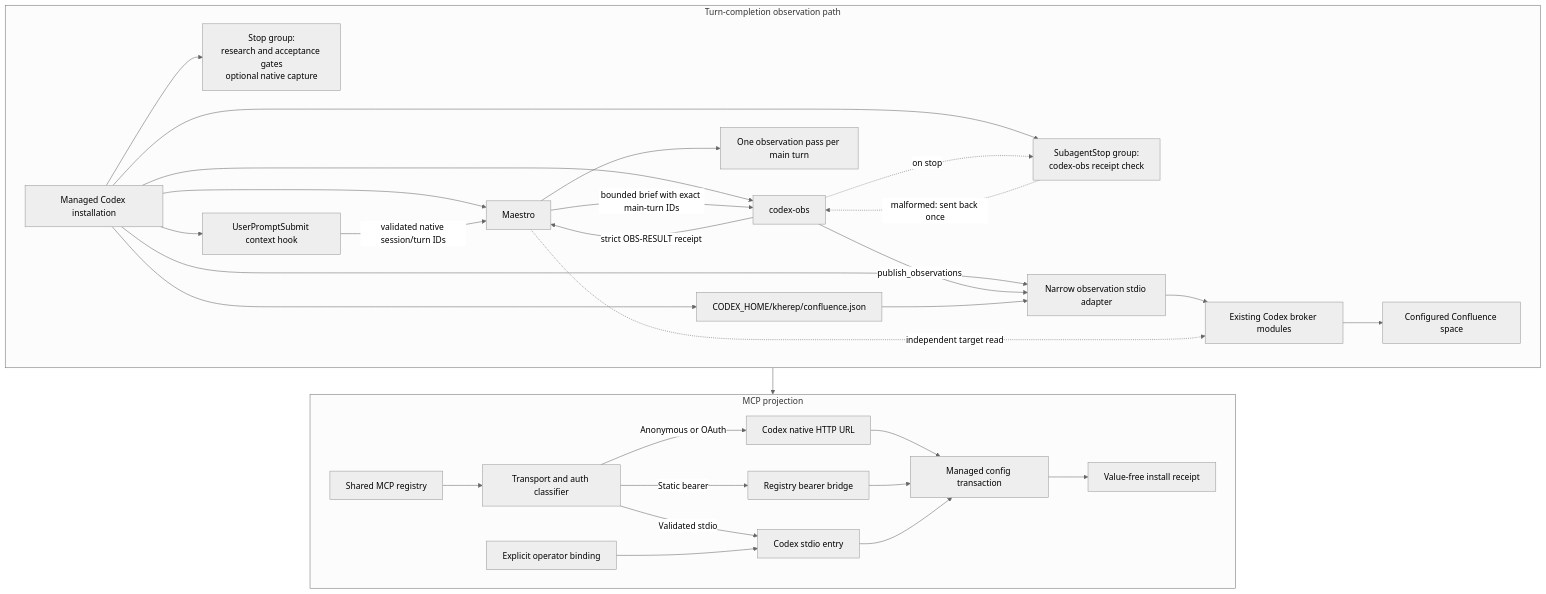
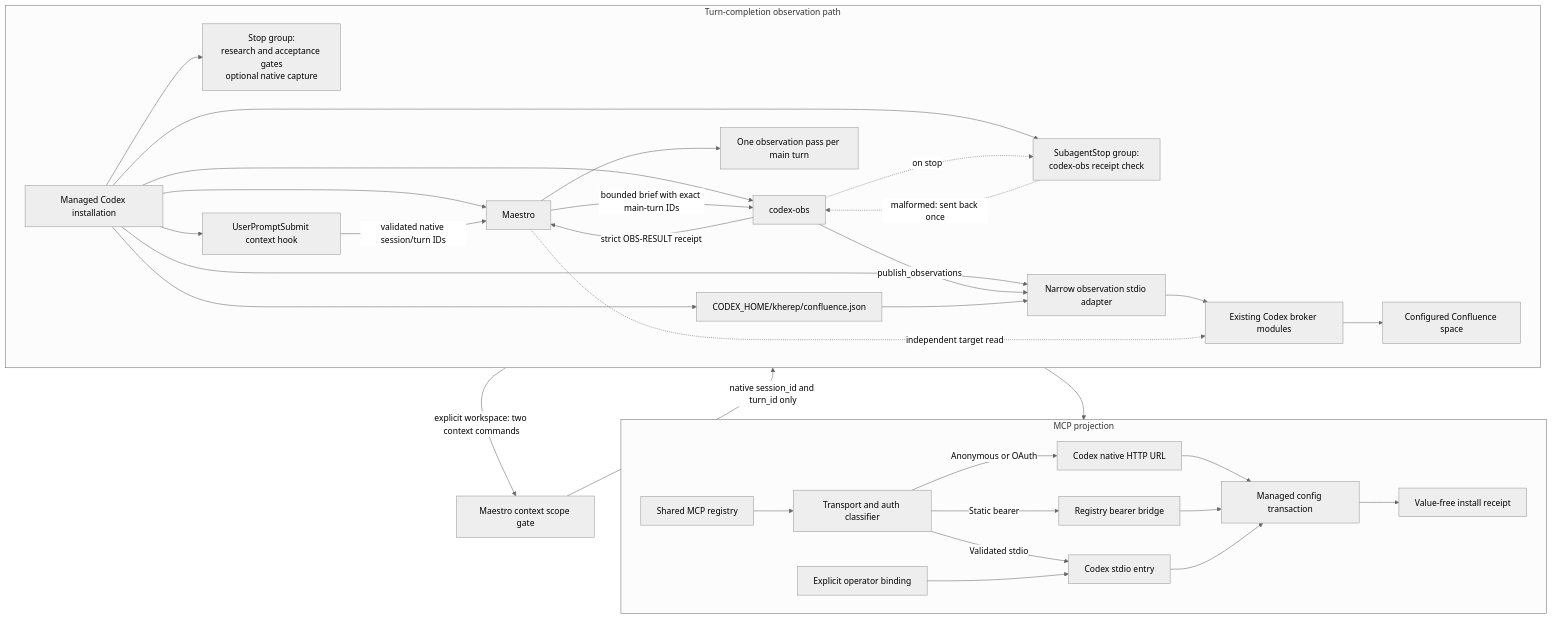
The diagram in codex/ARCHITECTURE.md (cfaysal/kherep), drawn with Mermaid (neutral theme) before and after one commit. The commit also changed other lines of this file and 15 other files, not shown here.

Commit message:
Bind Codex context hooks to the selected workspace

````diff
--- a/codex/ARCHITECTURE.md
+++ b/codex/ARCHITECTURE.md
@@ -134,39 +136,41 @@
 ```mermaid
 flowchart TB
     subgraph T[Turn-completion observation path]
         direction LR
         I[Managed Codex installation] --> ST[Stop group:<br/>research and acceptance gates<br/>optional native capture]
         I --> MA[Maestro]
         I --> OB[codex-obs]
         I --> UC[UserPromptSubmit context hook]
         UC -->|validated native session/turn IDs| MA
         MA -->|bounded brief with exact main-turn IDs| OB
         OB -->|strict OBS-RESULT receipt| MA
         I --> SS[SubagentStop group:<br/>codex-obs receipt check]
         OB -.->|on stop| SS
         SS -.->|malformed: sent back once| OB
         MA --> NR[One observation pass per main turn]
         I --> AD[Narrow observation stdio adapter]
         OB -->|publish_observations| AD
         AD --> CB[Existing Codex broker modules]
         I --> CT[CODEX_HOME/kherep/confluence.json]
         CT --> AD
         MA -.->|independent target read| CB
         CB --> CS[Configured Confluence space]
     end
 
     subgraph P[MCP projection]
         direction LR
         R[Shared MCP registry] --> C[Transport and auth classifier]
         C -->|Anonymous or OAuth| H[Codex native HTTP URL]
         C -->|Static bearer| B[Registry bearer bridge]
         C -->|Validated stdio| S[Codex stdio entry]
         O[Explicit operator binding] --> S
         H --> M[Managed config transaction]
         B --> M
         S --> M
         M --> Q[Value-free install receipt]
     end
 
+    I -->|explicit workspace: two context commands| CTX[Maestro context scope gate]
+    CTX -->|native session_id and turn_id only| MA
     I --> M
 ```
````
